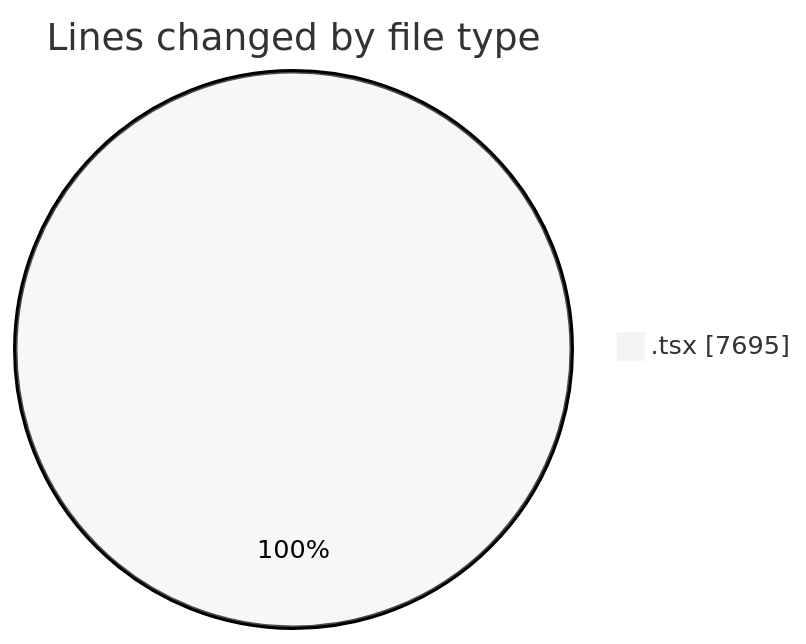
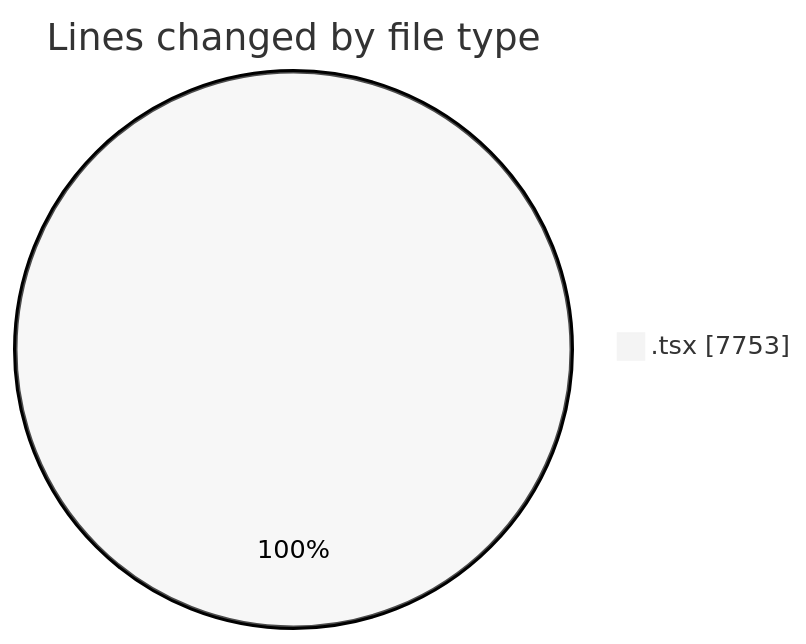
One commit to nxtqubesakshisongat/code-tracking changed the first of 2 diagrams in 2026-07-09/nxtqube_webapp/README.md. Above: the diagram before and after it, drawn with Mermaid (neutral theme). The commit also changed other lines of this file and 1 other file, not shown here.

````diff
--- a/2026-07-09/nxtqube_webapp/README.md
+++ b/2026-07-09/nxtqube_webapp/README.md
@@ -34,5 +34,5 @@
 ```mermaid
 pie showData
 title Lines changed by file type
-".tsx" : 7695
+".tsx" : 7753
 ```
````
